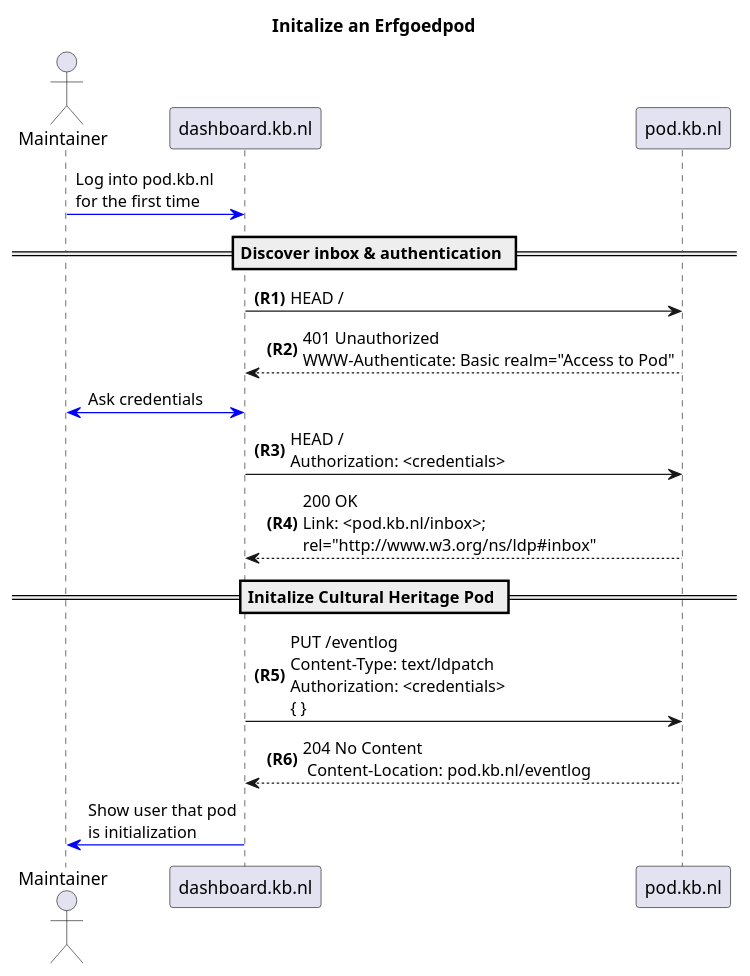
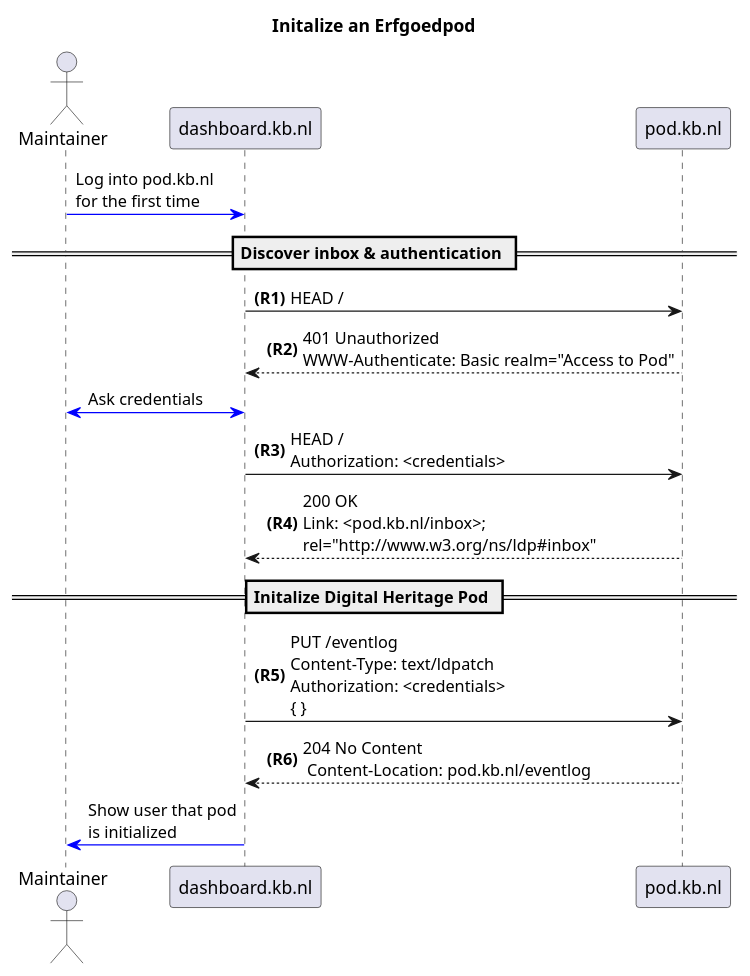
Before and after one commit to ErfgoedPod/usecases: the diagram in diagrams/init-erfgoedpod.puml, drawn with PlantUML. The commit also changed 1 other file, not shown here.

```diff
--- a/diagrams/init-erfgoedpod.puml
+++ b/diagrams/init-erfgoedpod.puml
@@ -1,37 +1,37 @@
 @startuml init-erfgoedpod
 
 title
  Initalize an Erfgoedpod
 end title
 
 
 autonumber "<b>(R0)"
 actor Maintainer as Maintainer 
 participant dashboard.kb.nl as D
 participant pod.kb.nl as Pod
 
 autonumber stop
 Maintainer -[#0000FF]> D: Log into pod.kb.nl\nfor the first time
 
 == Discover inbox & authentication ==
 
 autonumber resume  
 D -> Pod : HEAD /
 D <-- Pod : 401 Unauthorized\nWWW-Authenticate: Basic realm="Access to Pod"
 
 autonumber stop
 D <-[#0000FF]> Maintainer : Ask credentials
 
 autonumber resume
 D -> Pod : HEAD /\nAuthorization: <credentials>
 D <-- Pod: 200 OK\nLink: <pod.kb.nl/inbox>;\nrel="http://www.w3.org/ns/ldp#inbox"
 
-== Initalize Cultural Heritage Pod == 
+== Initalize Digital Heritage Pod == 
 
 D -> Pod : PUT /eventlog\nContent-Type: text/ldpatch\nAuthorization: <credentials>\n{ }
 D <-- Pod : 204 No Content\n Content-Location: pod.kb.nl/eventlog
 
 autonumber stop
-D -[#0000FF]> Maintainer : Show user that pod\nis initialization
+D -[#0000FF]> Maintainer : Show user that pod\nis initialized
 
 @enduml
```
